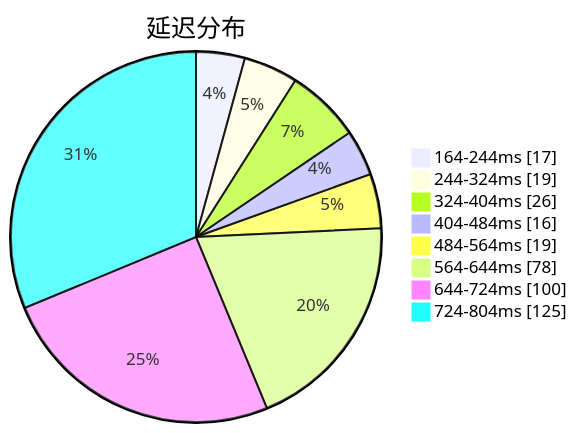
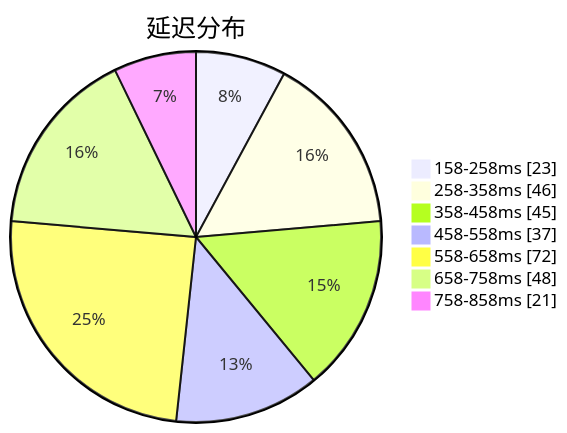
The first of 3 diagrams in subs/statistics/tested_within.md (qjlxg/airport), drawn with Mermaid before and after one commit. The commit also changed other lines of this file and 2 other files, not shown here.

Commit message:
Tested by metaST

````diff
--- a/subs/statistics/tested_within.md
+++ b/subs/statistics/tested_within.md
@@ -2,12 +2,11 @@
 ```mermaid
 pie showData
 title 延迟分布
-"164-244ms" : 17
-"244-324ms" : 19
-"324-404ms" : 26
-"404-484ms" : 16
-"484-564ms" : 19
-"564-644ms" : 78
-"644-724ms" : 100
-"724-804ms" : 125
+"158-258ms" : 23
+"258-358ms" : 46
+"358-458ms" : 45
+"458-558ms" : 37
+"558-658ms" : 72
+"658-758ms" : 48
+"758-858ms" : 21
 ```
````
